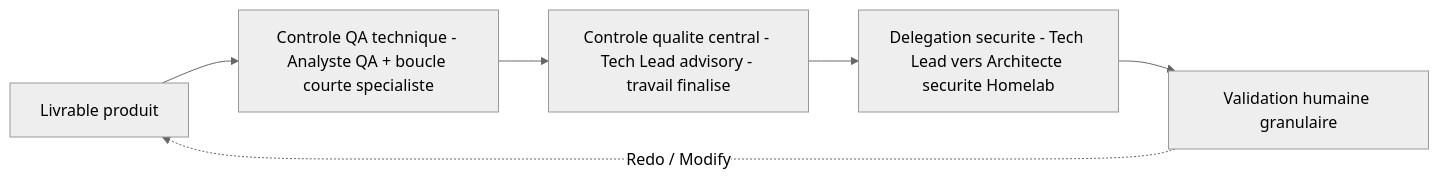
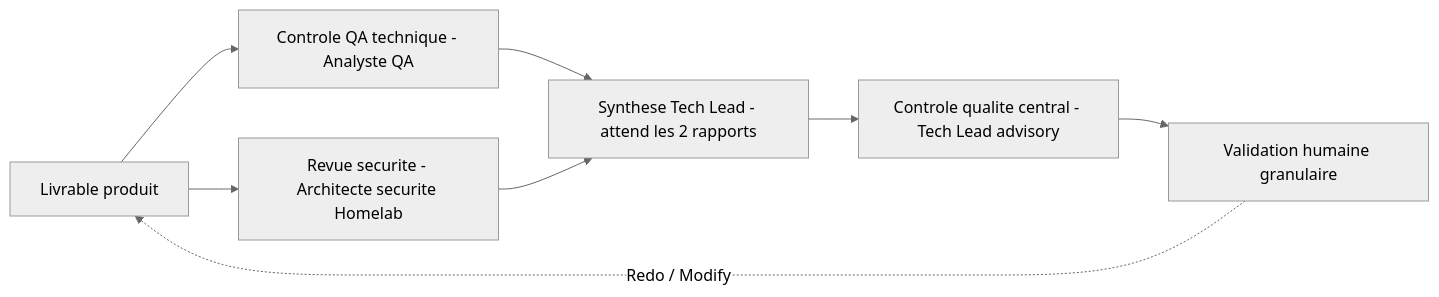
The diagram in homelab/common/protocols/reviewer.md (Gsyltc/homelab-portfolio), drawn with Mermaid (neutral theme) before and after one commit. The commit also changed other lines of this file and 9 other files, not shown here.

Commit message:
feat(homelab): QA et sécurité en parallèle, synthèse du Tech Lead, revue partielle

````diff
--- a/homelab/common/protocols/reviewer.md
+++ b/homelab/common/protocols/reviewer.md
@@ -26,8 +26,10 @@
 ```mermaid
 flowchart LR
-    L[Livrable produit] --> QA[Controle QA technique - Analyste QA + boucle courte specialiste]
-    QA --> CQ[Controle qualite central - Tech Lead advisory - travail finalise]
-    CQ --> DS[Delegation securite - Tech Lead vers Architecte securite Homelab]
-    DS --> VH[Validation humaine granulaire]
+    L[Livrable produit] --> QA[Controle QA technique - Analyste QA]
+    L --> DS[Revue securite - Architecte securite Homelab]
+    QA --> SY[Synthese Tech Lead - attend les 2 rapports]
+    DS --> SY
+    SY --> CQ[Controle qualite central - Tech Lead advisory]
+    CQ --> VH[Validation humaine granulaire]
     VH -.->|Redo / Modify| L
 ```
````
